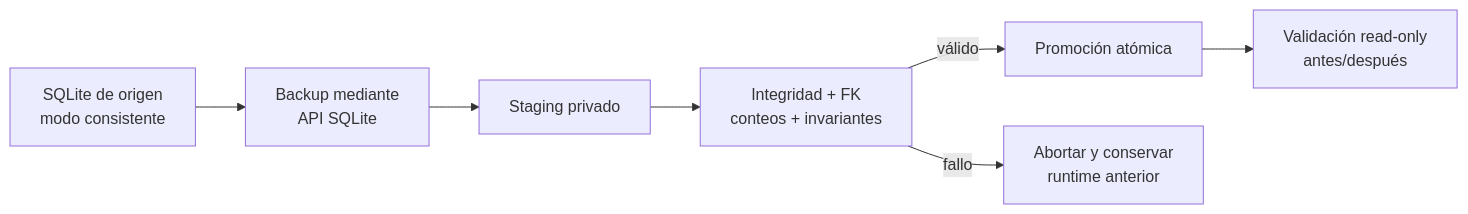
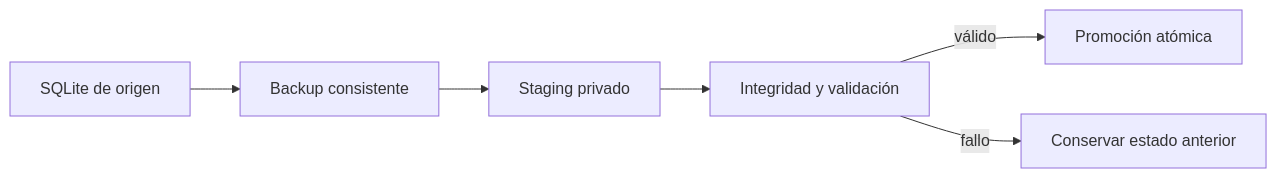
One commit to ratienza/infra-replicant-lab changed the second of 2 diagrams in docs/aplicaciones/cartera-estrategica.md. Above: the diagram before and after it, drawn with Mermaid. The commit also changed other lines of this file and 39 other files, not shown here.

````diff
--- a/docs/aplicaciones/cartera-estrategica.md
+++ b/docs/aplicaciones/cartera-estrategica.md
@@ -59,9 +59,8 @@
 ```mermaid
 flowchart LR
-    O["SQLite de origen<br/>modo consistente"] --> B["Backup mediante<br/>API SQLite"]
+    O["SQLite de origen"] --> B["Backup consistente"]
     B --> S["Staging privado"]
-    S --> V["Integridad + FK<br/>conteos + invariantes"]
+    S --> V["Integridad y validación"]
     V -->|válido| P["Promoción atómica"]
-    V -->|fallo| R["Abortar y conservar<br/>runtime anterior"]
-    P --> Q["Validación read-only<br/>antes/después"]
+    V -->|fallo| R["Conservar estado anterior"]
 ```
````
